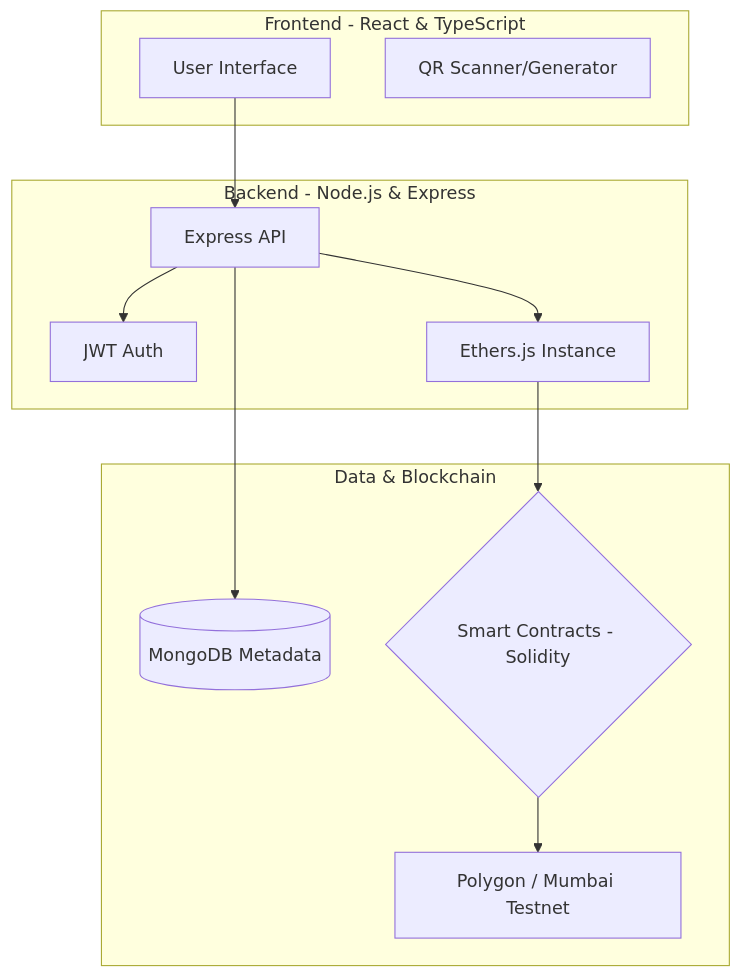
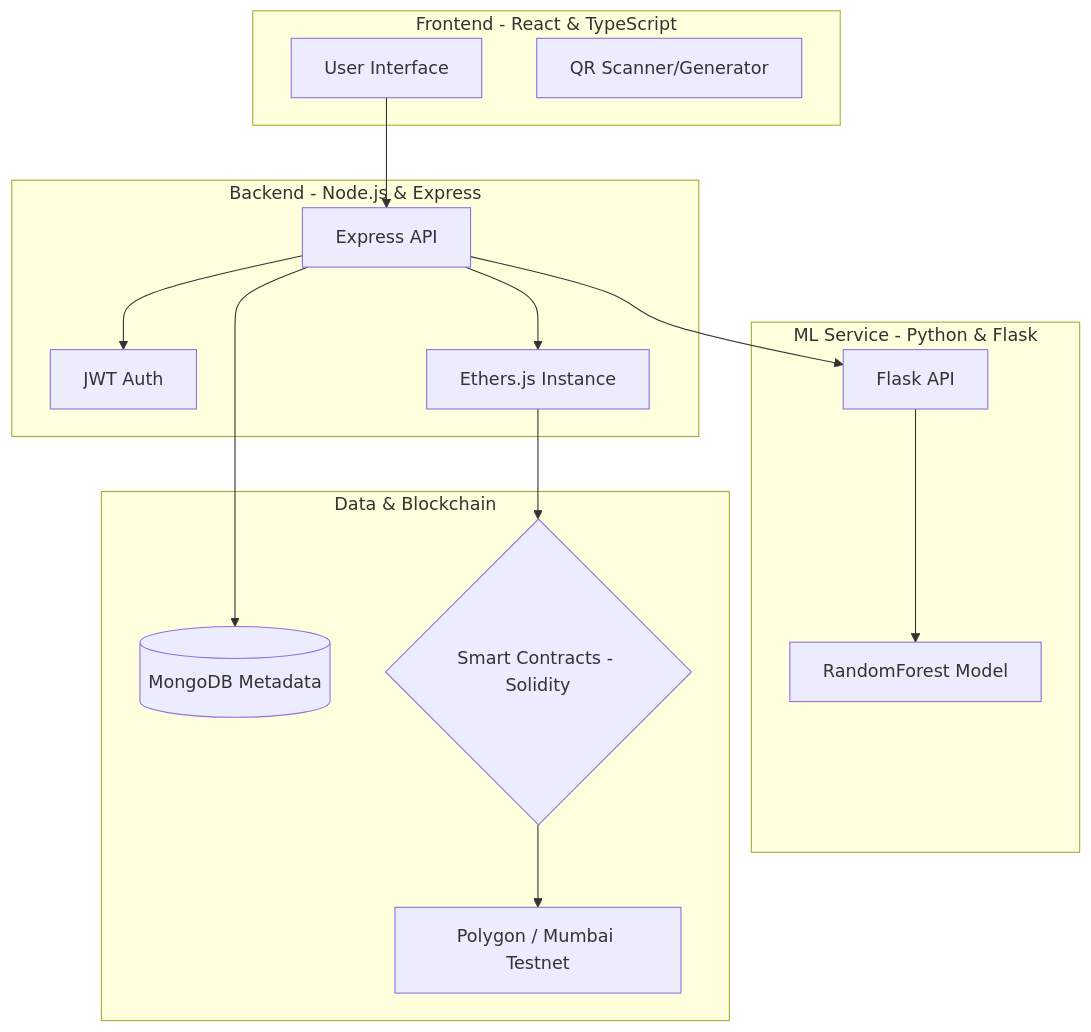
One commit to Nitya-003/CropChain changed the first of 2 diagrams in README.md. Above: the diagram before and after it, drawn with Mermaid. The commit also changed other lines of this file and 3 other files, not shown here.

Commit message:
docs: Add ML service to architecture and deployment docs

````diff
--- a/README.md
+++ b/README.md
@@ -281,26 +290,33 @@
 ```mermaid
 graph TD
     subgraph Client_Layer [Frontend - React & TypeScript]
         UI[User Interface]
         QR[QR Scanner/Generator]
     end
 
     subgraph Logic_Layer [Backend - Node.js & Express]
         API[Express API]
         JWT[JWT Auth]
         ETH[Ethers.js Instance]
     end
 
+    subgraph ML_Layer [ML Service - Python & Flask]
+        MLAPI[Flask API]
+        RF[RandomForest Model]
+    end
+
     subgraph Storage_Layer [Data & Blockchain]
         DB[(MongoDB Metadata)]
         BC{Smart Contracts - Solidity}
         Network[Polygon / Mumbai Testnet]
     end
 
     UI --> API
     API --> JWT
     API --> DB
     API --> ETH
+    API --> MLAPI
+    MLAPI --> RF
     ETH --> BC
     BC --> Network
 ```
````
